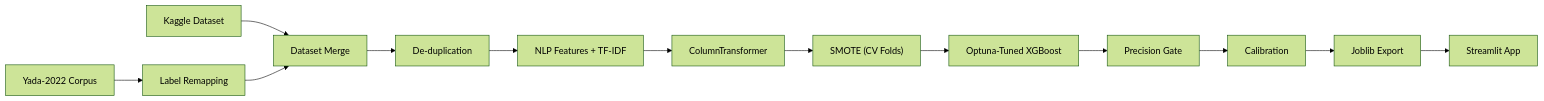
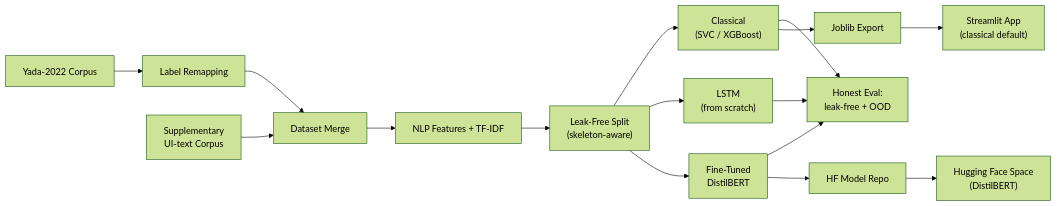
Before and after one commit to goyashek/dark-pattern-detector: the diagram in README.md, drawn with Mermaid (forest theme). The commit also changed other lines of this file, not shown here.

First line of the commit message:
Reframe README around the classical-vs-transformer tradeoff

````diff
--- a/README.md
+++ b/README.md
@@ -44,19 +71,21 @@
 ```mermaid
 flowchart LR
 
     A["Yada-2022 Corpus"] --> B["Label Remapping"]
-    C["Kaggle Dataset"] --> D["Dataset Merge"]
+    C["Supplementary<br/>UI-text Corpus"] --> D["Dataset Merge"]
     B --> D
 
-    D --> E["De-duplication"]
-    E --> F["NLP Features + TF-IDF"]
-    F --> G["ColumnTransformer"]
+    D --> E["NLP Features + TF-IDF"]
+    E --> F["Leak-Free Split<br/>(skeleton-aware)"]
 
-    G --> H["SMOTE (CV Folds)"]
-    H --> I["Optuna-Tuned XGBoost"]
+    F --> G["Classical<br/>(SVC / XGBoost)"]
+    F --> H["LSTM<br/>(from scratch)"]
+    F --> I["Fine-Tuned<br/>DistilBERT"]
 
-    I --> J["Precision Gate"]
-    J --> K["Calibration"]
-    K --> L["Joblib Export"]
-    L --> M["Streamlit App"]
+    G --> J["Honest Eval:<br/>leak-free + OOD"]
+    H --> J
+    I --> J
+
+    G --> K["Joblib Export"] --> L["Streamlit App<br/>(classical default)"]
+    I --> M["HF Model Repo"] --> N["Hugging Face Space<br/>(DistilBERT)"]
 ```
````
